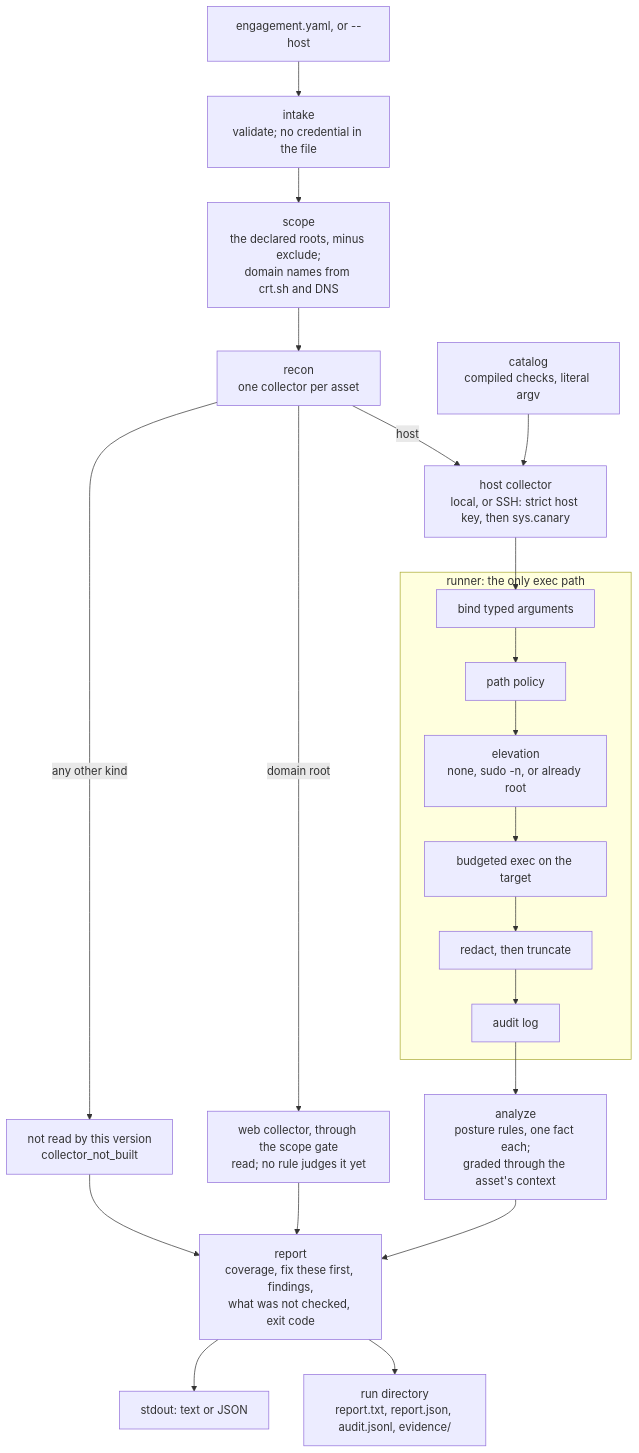
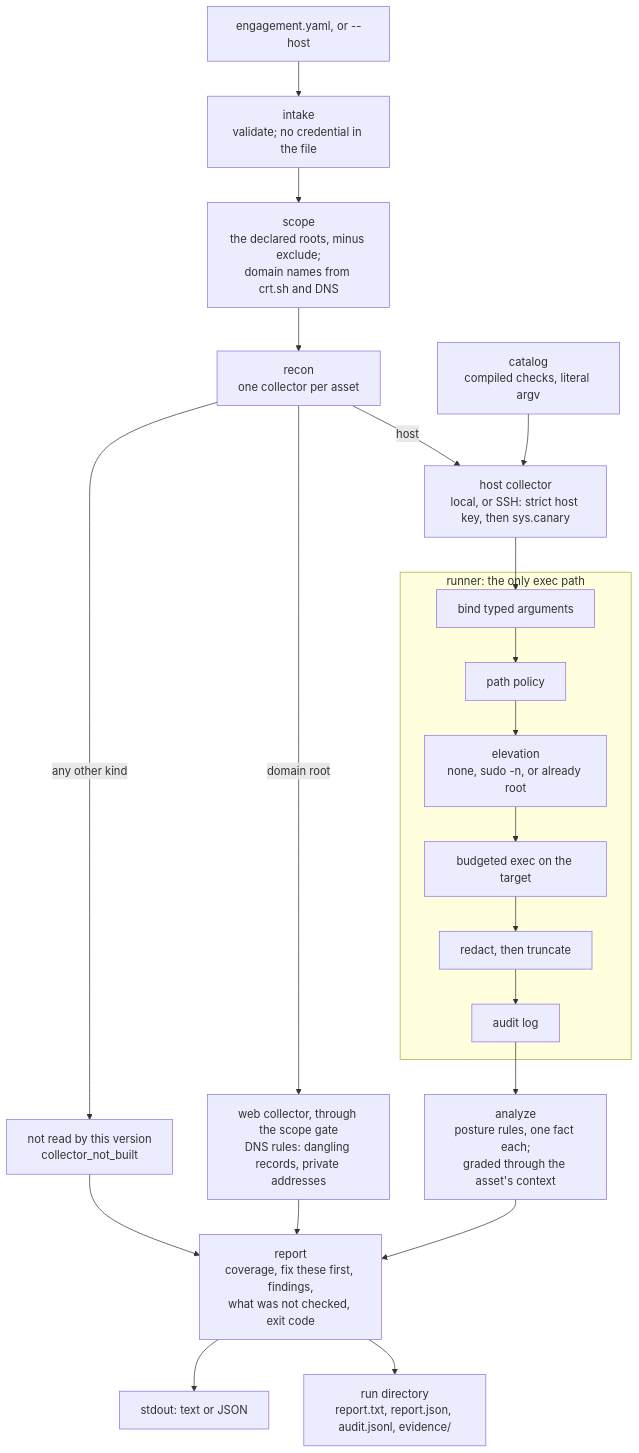
Before and after one commit to B87/scheck: the diagram in README.md, drawn with Mermaid. The commit also changed other lines of this file and 31 other files, not shown here.

````diff
--- a/README.md
+++ b/README.md
@@ -45,27 +47,27 @@
 ```mermaid
 flowchart TD
   input["engagement.yaml, or --host"] --> intake["intake<br/>validate; no credential in the file"]
   intake --> scope["scope<br/>the declared roots, minus exclude;<br/>domain names from crt.sh and DNS"]
   scope --> recon["recon<br/>one collector per asset"]
 
   recon -->|host| host["host collector<br/>local, or SSH: strict host key, then sys.canary"]
-  recon -->|domain root| web["web collector, through the scope gate<br/>read; no rule judges it yet"]
+  recon -->|domain root| web["web collector, through the scope gate<br/>DNS rules: dangling records, private addresses"]
   recon -->|any other kind| none["not read by this version<br/>collector_not_built"]
 
   catalog["catalog<br/>compiled checks, literal argv"] --> host
   subgraph runner ["runner: the only exec path"]
     bind["bind typed arguments"] --> pathpol["path policy"]
     pathpol --> elevate["elevation<br/>none, sudo -n, or already root"]
     elevate --> execn["budgeted exec on the target"]
     execn --> redact["redact, then truncate"]
     redact --> audit["audit log"]
   end
   host --> bind
 
   audit --> analyze["analyze<br/>posture rules, one fact each;<br/>graded through the asset's context"]
   none --> report
   web --> report
   analyze --> report["report<br/>coverage, fix these first, findings,<br/>what was not checked, exit code"]
   report --> out["stdout: text or JSON"]
   report --> rundir["run directory<br/>report.txt, report.json, audit.jsonl, evidence/"]
 ```
````
